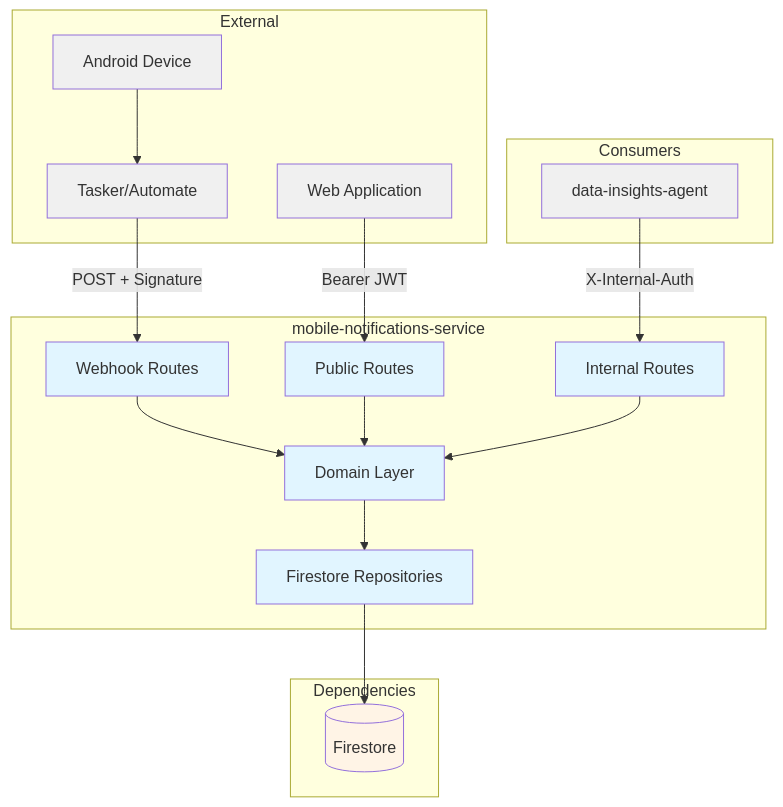
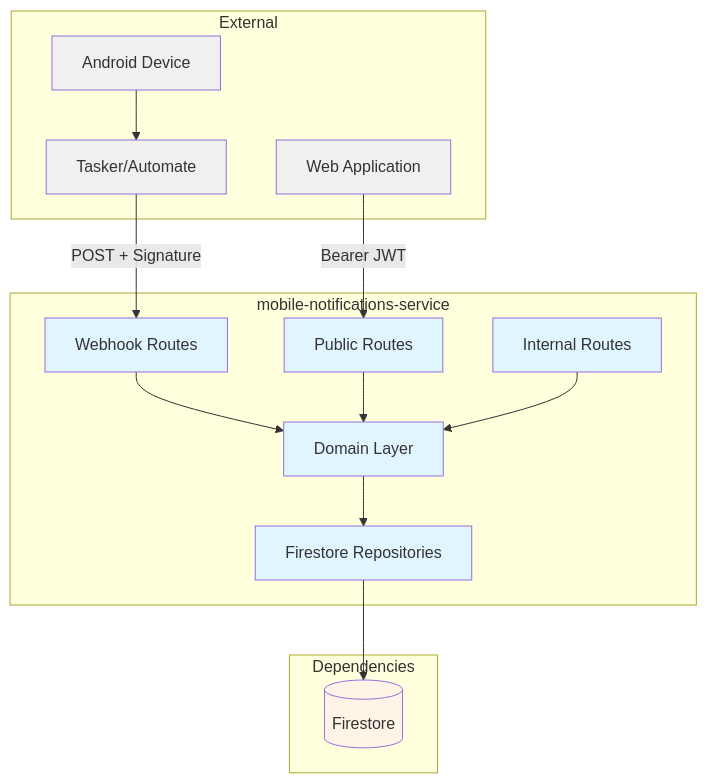
Before and after one commit to pbuchman/intexuraos: the first of 2 diagrams in docs/services/mobile-notifications-service/technical.md, drawn with Mermaid. The commit also changed other lines of this file and 51 other files, not shown here.

First line of the commit message:
docs: remove stale Data Insights references from docs, configs, and validation reports

````diff
--- a/docs/services/mobile-notifications-service/technical.md
+++ b/docs/services/mobile-notifications-service/technical.md
@@ -9,42 +9,37 @@
 ```mermaid
 graph TB
     subgraph "External"
         Mobile[Android Device]
         Tasker[Tasker/Automate]
         WebApp[Web Application]
     end
 
     subgraph "mobile-notifications-service"
         Webhook[Webhook Routes]
         Public[Public Routes]
         Internal[Internal Routes]
         Domain[Domain Layer]
         Infra[Firestore Repositories]
     end
 
     subgraph "Dependencies"
         Firestore[(Firestore)]
     end
 
-    subgraph "Consumers"
-        DataInsights[data-insights-agent]
-    end
-
     Mobile --> Tasker
     Tasker -->|POST + Signature| Webhook
     WebApp -->|Bearer JWT| Public
-    DataInsights -->|X-Internal-Auth| Internal
     Webhook --> Domain
     Public --> Domain
     Internal --> Domain
     Domain --> Infra
     Infra --> Firestore
 
     classDef service fill:#e1f5ff
     classDef storage fill:#fff4e6
     classDef external fill:#f0f0f0
 
     class Webhook,Public,Internal,Domain,Infra service
     class Firestore storage
     class Mobile,Tasker,WebApp,DataInsights external
 ```
````
